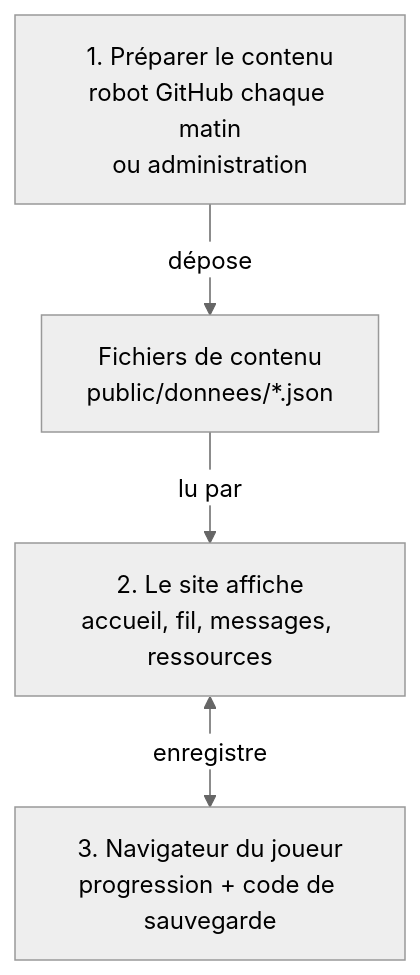
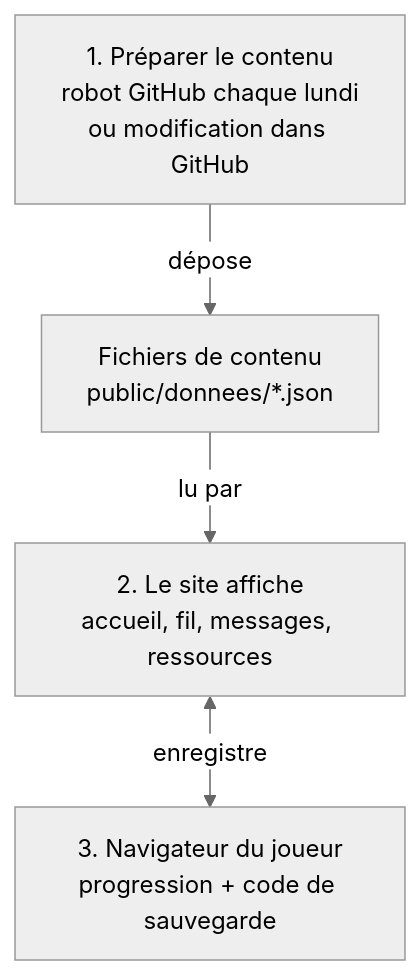
Before and after one commit to KitsuneE24/ctrlinfo-website: the diagram in SPEC.md, drawn with Mermaid (neutral theme). The commit also changed other lines of this file and 1 other file, not shown here.

````diff
--- a/SPEC.md
+++ b/SPEC.md
@@ -103,8 +103,8 @@
 ```mermaid
 flowchart TB
-  A["1. Préparer le contenu<br/>robot GitHub chaque matin<br/>ou administration"]
+  A["1. Préparer le contenu<br/>robot GitHub chaque lundi<br/>ou modification dans GitHub"]
   B["Fichiers de contenu<br/>public/donnees/*.json"]
   C["2. Le site affiche<br/>accueil, fil, messages, ressources"]
   D["3. Navigateur du joueur<br/>progression + code de sauvegarde"]
   A -->|dépose| B -->|lu par| C <-->|enregistre| D
 ```
````
